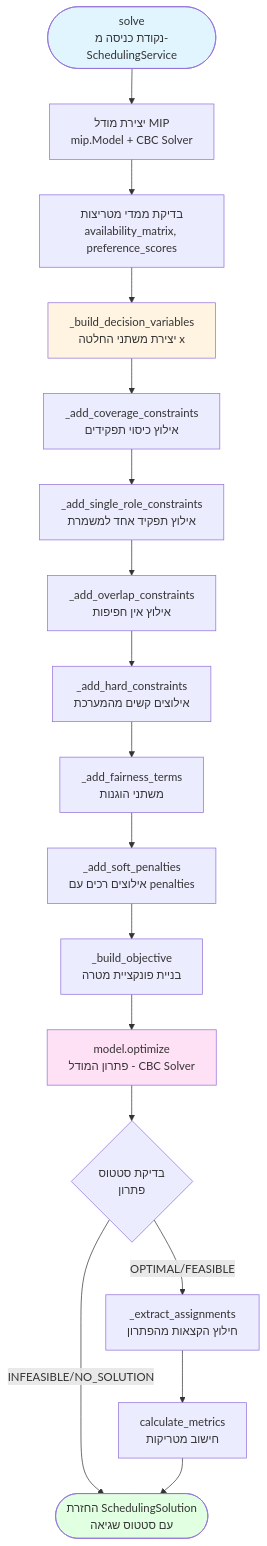
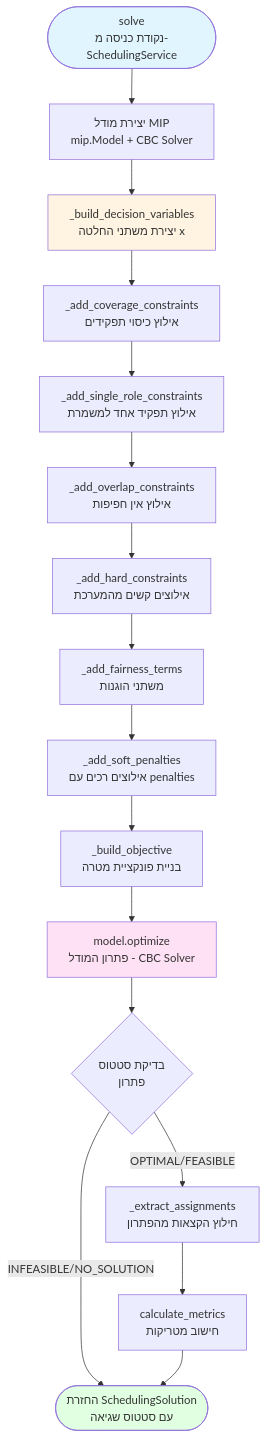
One commit to AlonLivne007/smart-scheduling changed the sixth of 6 diagrams in PRESENTATION.md. Above: the diagram before and after it, drawn with Mermaid. The commit also changed other lines of this file, not shown here.

````diff
--- a/PRESENTATION.md
+++ b/PRESENTATION.md
@@ -718,30 +718,29 @@
 ```mermaid
 flowchart TD
     Start([solve<br/>נקודת כניסה מ-SchedulingService]) --> CreateModel[יצירת מודל MIP<br/>mip.Model + CBC Solver]
 
-    CreateModel --> ValidateMatrices[בדיקת ממדי מטריצות<br/>availability_matrix, preference_scores]
-    ValidateMatrices --> BuildVars[_build_decision_variables<br/>יצירת משתני החלטה x]
+    CreateModel --> BuildVars[_build_decision_variables<br/>יצירת משתני החלטה x]
 
     BuildVars --> AddCoverage[_add_coverage_constraints<br/>אילוץ כיסוי תפקידים]
     AddCoverage --> AddSingleRole[_add_single_role_constraints<br/>אילוץ תפקיד אחד למשמרת]
     AddSingleRole --> AddOverlap[_add_overlap_constraints<br/>אילוץ אין חפיפות]
     AddOverlap --> AddHard[_add_hard_constraints<br/>אילוצים קשים מהמערכת]
 
     AddHard --> AddFairness[_add_fairness_terms<br/>משתני הוגנות]
     AddFairness --> AddSoft[_add_soft_penalties<br/>אילוצים רכים עם penalties]
     AddSoft --> BuildObj[_build_objective<br/>בניית פונקציית מטרה]
 
     BuildObj --> Optimize[model.optimize<br/>פתרון המודל - CBC Solver]
     Optimize --> CheckStatus{בדיקת סטטוס<br/>פתרון}
 
     CheckStatus -->|OPTIMAL/FEASIBLE| Extract[_extract_assignments<br/>חילוץ הקצאות מהפתרון]
     CheckStatus -->|INFEASIBLE/NO_SOLUTION| End([החזרת SchedulingSolution<br/>עם סטטוס שגיאה])
 
     Extract --> Metrics[calculate_metrics<br/>חישוב מטריקות]
     Metrics --> End
 
     style Start fill:#e1f5ff
     style BuildVars fill:#fff4e1
     style Optimize fill:#ffe1f5
     style End fill:#e1ffe1
 ```
````
